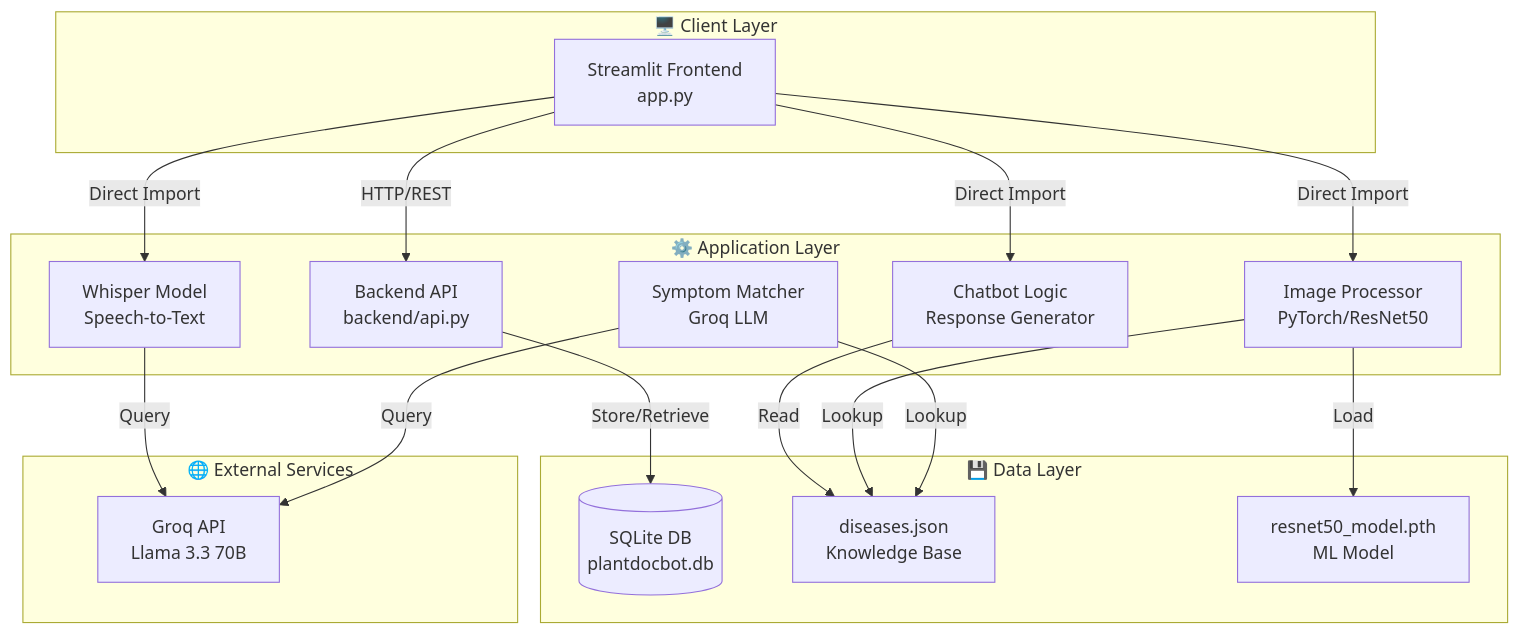
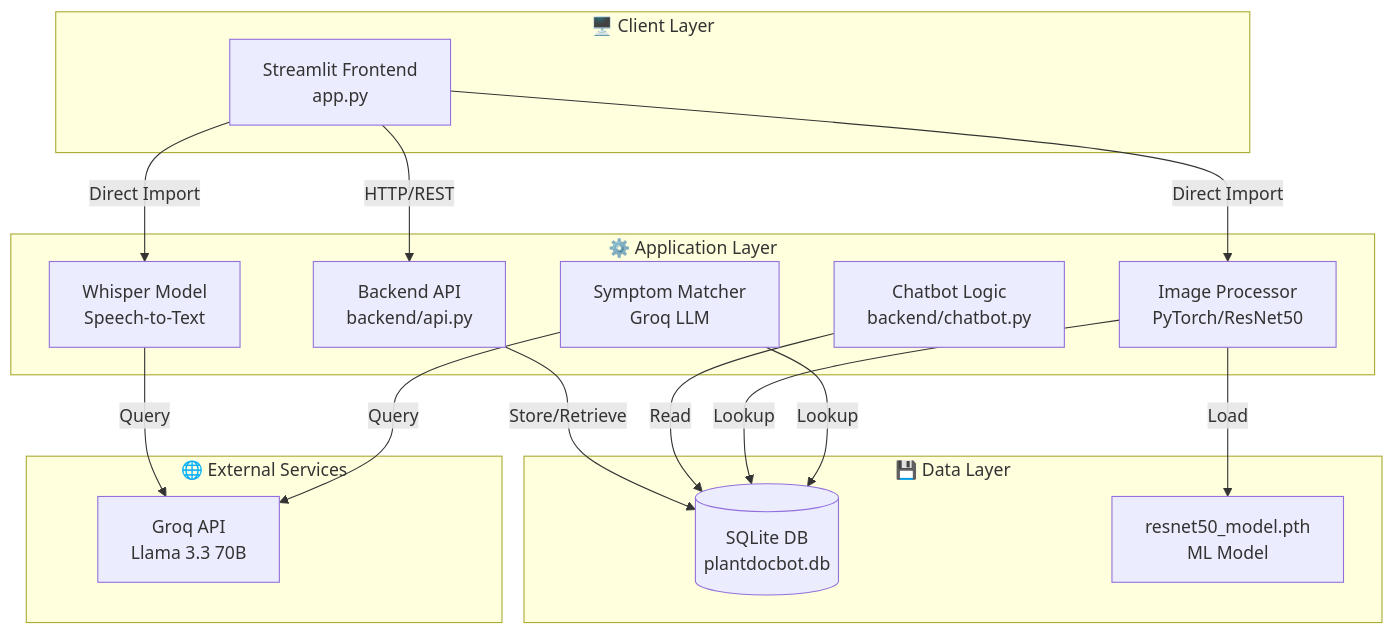
One commit to springboardmentor88888-mahaprasad/Intern-PlantChatBot-Project changed the first of 3 diagrams in README.md. Above: the diagram before and after it, drawn with Mermaid. The commit also changed other lines of this file, not shown here.

````diff
--- a/README.md
+++ b/README.md
@@ -34,38 +34,36 @@
 ```mermaid
 flowchart TB
     subgraph Client["🖥️ Client Layer"]
         UI[Streamlit Frontend<br/>app.py]
     end
 
     subgraph Application["⚙️ Application Layer"]
         API[Backend API<br/>backend/api.py]
         IMG[Image Processor<br/>PyTorch/ResNet50]
         WHISPER[Whisper Model<br/>Speech-to-Text]
         SYMPTOM[Symptom Matcher<br/>Groq LLM]
-        CHATBOT[Chatbot Logic<br/>Response Generator]
+        CHATBOT[Chatbot Logic<br/>backend/chatbot.py]
     end
 
     subgraph Data["💾 Data Layer"]
         SQLITE[(SQLite DB<br/>plantdocbot.db)]
-        JSON[diseases.json<br/>Knowledge Base]
         MODEL[resnet50_model.pth<br/>ML Model]
     end
 
     subgraph External["🌐 External Services"]
         GROQ[Groq API<br/>Llama 3.3 70B]
     end
 
-    UI -->|HTTP/REST| API
     UI -->|Direct Import| IMG
     UI -->|Direct Import| WHISPER
-    UI -->|Direct Import| CHATBOT
+    UI -->|HTTP/REST| API
     
     API -->|Store/Retrieve| SQLITE
     IMG -->|Load| MODEL
     WHISPER -->|Query| GROQ
     SYMPTOM -->|Query| GROQ
-    CHATBOT -->|Read| JSON
+    CHATBOT -->|Read| SQLITE
     
-    IMG -->|Lookup| JSON
-    SYMPTOM -->|Lookup| JSON
+    IMG -->|Lookup| SQLITE
+    SYMPTOM -->|Lookup| SQLITE
 ```
````
